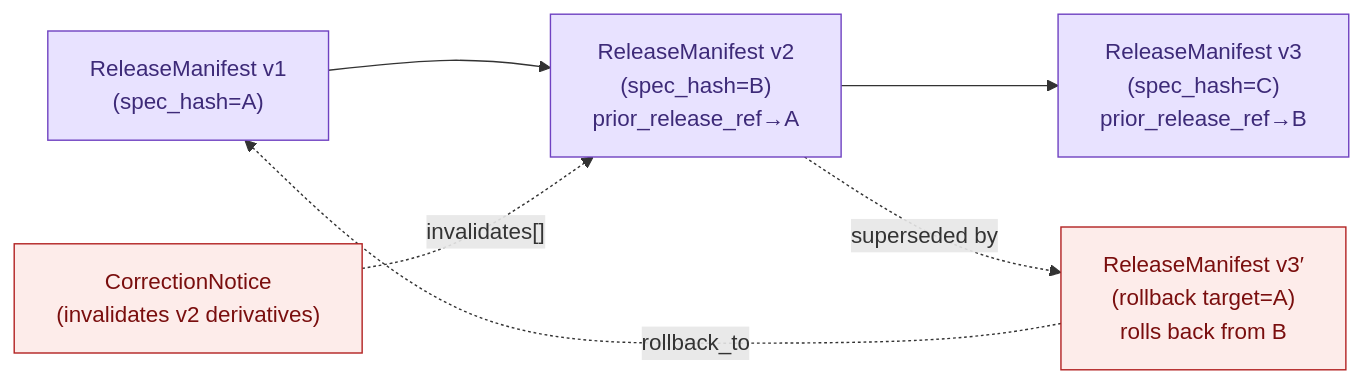
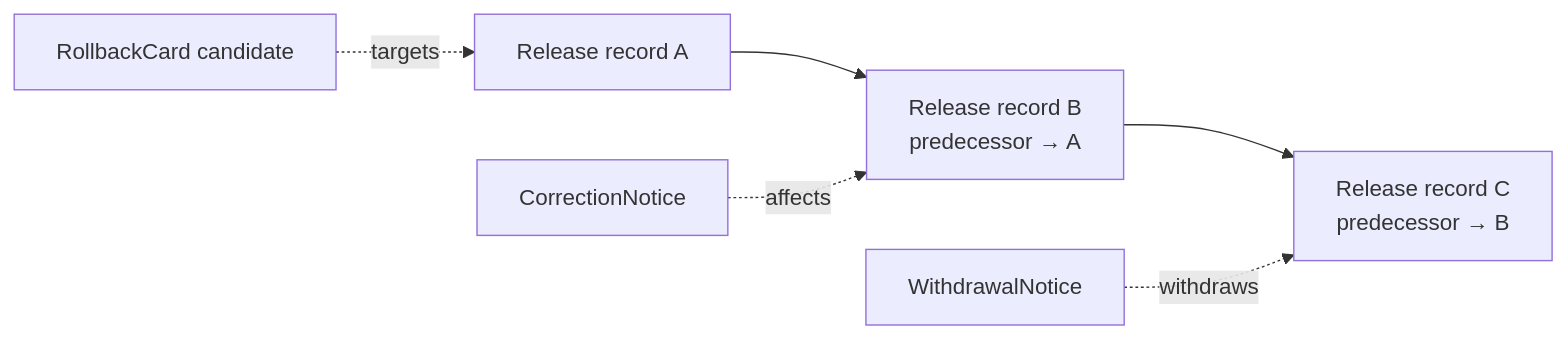
Before and after one commit to bartytime4life/Kansas-Frontier-Matrix: the second of 2 diagrams in docs/architecture/release-model.md, drawn with Mermaid. The commit also changed other lines of this file, not shown here.

Commit message:
docs(architecture): ground release model in current repository evidence

````diff
--- a/docs/architecture/release-model.md
+++ b/docs/architecture/release-model.md
@@ -436,16 +659,8 @@
 ```mermaid
 flowchart LR
-  classDef rel fill:#e8e2ff,stroke:#6f42c1,color:#3d2a78
-  classDef corr fill:#fdecea,stroke:#b22222,color:#7a0e0e
-
-  R1["ReleaseManifest v1<br/>(spec_hash=A)"]:::rel
-  R2["ReleaseManifest v2<br/>(spec_hash=B)<br/>prior_release_ref→A"]:::rel
-  R3["ReleaseManifest v3<br/>(spec_hash=C)<br/>prior_release_ref→B"]:::rel
-  RB["ReleaseManifest v3′<br/>(rollback target=A)<br/>rolls back from B"]:::corr
-  CN["CorrectionNotice<br/>(invalidates v2 derivatives)"]:::corr
-
-  R1 --> R2 --> R3
-  R2 -.->|"superseded by"| RB
-  RB -.->|"rollback_to"| R1
-  CN -.->|"invalidates[]"| R2
+  R1["Release record A"] --> R2["Release record B<br/>predecessor → A"]
+  R2 --> R3["Release record C<br/>predecessor → B"]
+  CN["CorrectionNotice"] -. affects .-> R2
+  RC["RollbackCard candidate"] -. targets .-> R1
+  WN["WithdrawalNotice"] -. withdraws .-> R3
 ```
````
